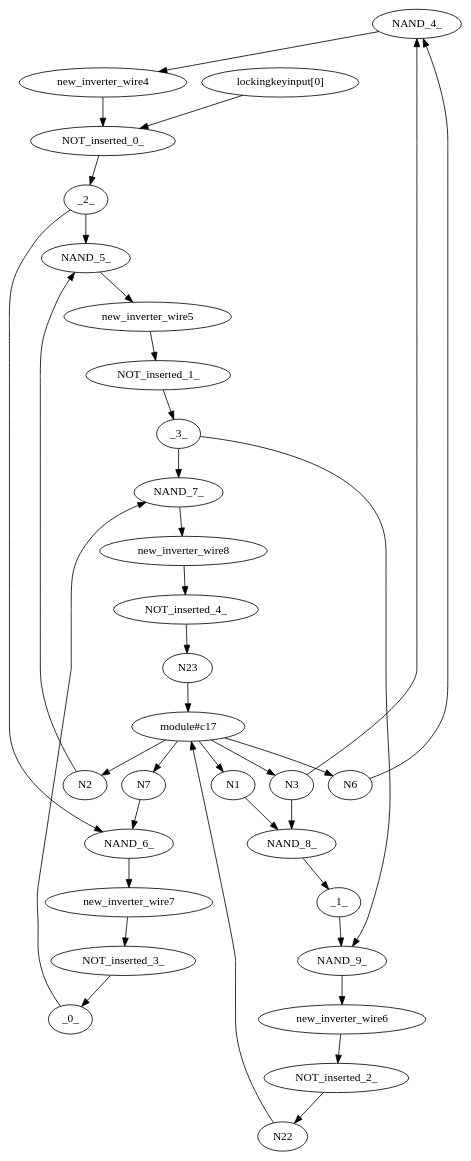
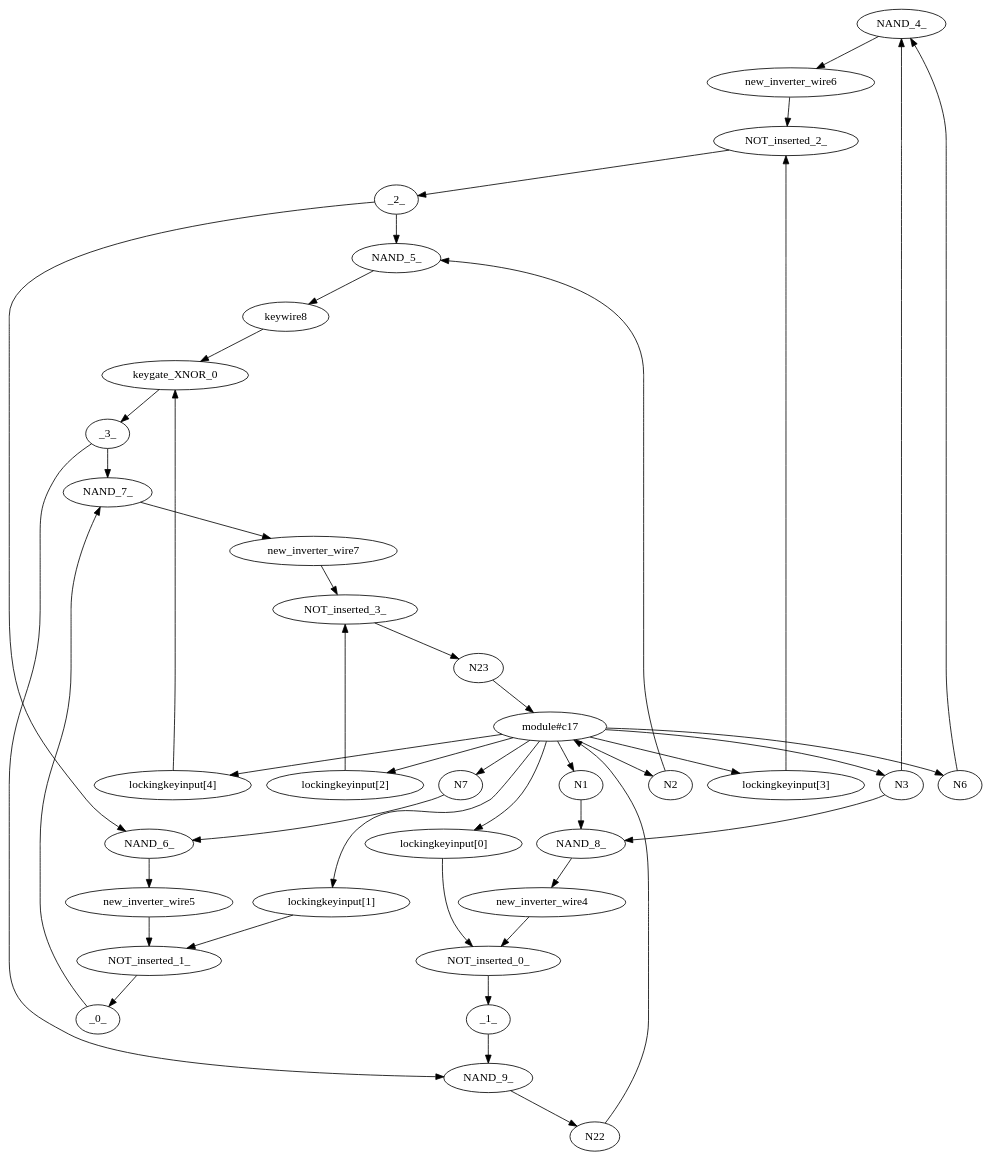
One commit to alirafiqmalik/ENIGMA-Logic-Locking-Framework changed the diagram in tmp/tmp.dot. Above: the diagram before and after it, drawn with Graphviz. The commit also changed 7 other files, not shown here.

```diff
--- a/tmp/tmp.dot
+++ b/tmp/tmp.dot
@@ -1,93 +1,108 @@
 strict digraph "" {
 	NAND_4_	[logic=AND,
 		type=gate];
-	new_inverter_wire4	[port=new_inverter_wire4,
+	new_inverter_wire6	[port=new_inverter_wire6,
 		type=wire];
-	NAND_4_ -> new_inverter_wire4;
+	NAND_4_ -> new_inverter_wire6;
 	_2_	[port=_2_,
 		type=wire];
-	NAND_5_	[logic=AND,
+	NAND_5_	[logic=NAND,
 		type=gate];
 	_2_ -> NAND_5_;
 	NAND_6_	[logic=AND,
 		type=gate];
 	_2_ -> NAND_6_;
 	N6	[port=N6,
 		type=input];
 	N6 -> NAND_4_;
 	N3	[port=N3,
 		type=input];
 	N3 -> NAND_4_;
-	NAND_8_	[logic=NAND,
+	NAND_8_	[logic=AND,
 		type=gate];
 	N3 -> NAND_8_;
-	new_inverter_wire5	[port=new_inverter_wire5,
+	keywire8	[port=keywire8,
 		type=wire];
-	NAND_5_ -> new_inverter_wire5;
+	NAND_5_ -> keywire8;
 	_3_	[port=_3_,
 		type=wire];
 	NAND_7_	[logic=AND,
 		type=gate];
 	_3_ -> NAND_7_;
-	NAND_9_	[logic=AND,
+	NAND_9_	[logic=NAND,
 		type=gate];
 	_3_ -> NAND_9_;
 	N2	[port=N2,
 		type=input];
 	N2 -> NAND_5_;
-	new_inverter_wire7	[port=new_inverter_wire7,
+	new_inverter_wire5	[port=new_inverter_wire5,
 		type=wire];
-	NAND_6_ -> new_inverter_wire7;
+	NAND_6_ -> new_inverter_wire5;
 	_0_	[port=_0_,
 		type=wire];
 	_0_ -> NAND_7_;
 	N7	[port=N7,
 		type=input];
 	N7 -> NAND_6_;
-	new_inverter_wire8	[port=new_inverter_wire8,
+	new_inverter_wire7	[port=new_inverter_wire7,
 		type=wire];
-	NAND_7_ -> new_inverter_wire8;
+	NAND_7_ -> new_inverter_wire7;
 	N23	[type=output];
 	"module#c17"	[type=module];
 	N23 -> "module#c17";
+	new_inverter_wire4	[port=new_inverter_wire4,
+		type=wire];
+	NAND_8_ -> new_inverter_wire4;
 	_1_	[port=_1_,
 		type=wire];
-	NAND_8_ -> _1_;
 	_1_ -> NAND_9_;
 	N1	[port=N1,
 		type=input];
 	N1 -> NAND_8_;
-	new_inverter_wire6	[port=new_inverter_wire6,
-		type=wire];
-	NAND_9_ -> new_inverter_wire6;
 	N22	[type=output];
+	NAND_9_ -> N22;
 	N22 -> "module#c17";
 	"module#c17" -> N6;
 	"module#c17" -> N3;
 	"module#c17" -> N2;
 	"module#c17" -> N7;
 	"module#c17" -> N1;
-	NOT_inserted_0_	[logic=NOT,
+	"lockingkeyinput[0]"	[port=lockingkeyinput,
+		type=input];
+	"module#c17" -> "lockingkeyinput[0]";
+	"lockingkeyinput[1]"	[port=lockingkeyinput,
+		type=input];
+	"module#c17" -> "lockingkeyinput[1]";
+	"lockingkeyinput[2]"	[port=lockingkeyinput,
+		type=input];
+	"module#c17" -> "lockingkeyinput[2]";
+	"lockingkeyinput[3]"	[port=lockingkeyinput,
+		type=input];
+	"module#c17" -> "lockingkeyinput[3]";
+	"lockingkeyinput[4]"	[port=lockingkeyinput,
+		type=input];
+	"module#c17" -> "lockingkeyinput[4]";
+	NOT_inserted_0_	[logic=XOR,
 		type=gate];
 	new_inverter_wire4 -> NOT_inserted_0_;
-	NOT_inserted_0_ -> _2_;
-	NOT_inserted_1_	[logic=NOT,
+	NOT_inserted_0_ -> _1_;
+	NOT_inserted_1_	[logic=XNOR,
 		type=gate];
 	new_inverter_wire5 -> NOT_inserted_1_;
-	NOT_inserted_1_ -> _3_;
-	NOT_inserted_2_	[logic=NOT,
+	NOT_inserted_1_ -> _0_;
+	NOT_inserted_2_	[logic=XNOR,
 		type=gate];
 	new_inverter_wire6 -> NOT_inserted_2_;
-	NOT_inserted_2_ -> N22;
-	NOT_inserted_3_	[logic=NOT,
+	NOT_inserted_2_ -> _2_;
+	NOT_inserted_3_	[logic=XOR,
 		type=gate];
 	new_inverter_wire7 -> NOT_inserted_3_;
-	NOT_inserted_3_ -> _0_;
-	NOT_inserted_4_	[logic=NOT,
-		type=gate];
-	new_inverter_wire8 -> NOT_inserted_4_;
-	NOT_inserted_4_ -> N23;
-	"lockingkeyinput[0]"	[port=lockingkeyinput,
-		type=input];
+	NOT_inserted_3_ -> N23;
 	"lockingkeyinput[0]" -> NOT_inserted_0_;
+	"lockingkeyinput[1]" -> NOT_inserted_1_;
+	"lockingkeyinput[2]" -> NOT_inserted_3_;
+	"lockingkeyinput[3]" -> NOT_inserted_2_;
+	keywire8 -> keygate_XNOR_0;
+	keygate_XNOR_0 -> _3_;
+	"lockingkeyinput[4]" -> keygate_XNOR_0;
 }
```
